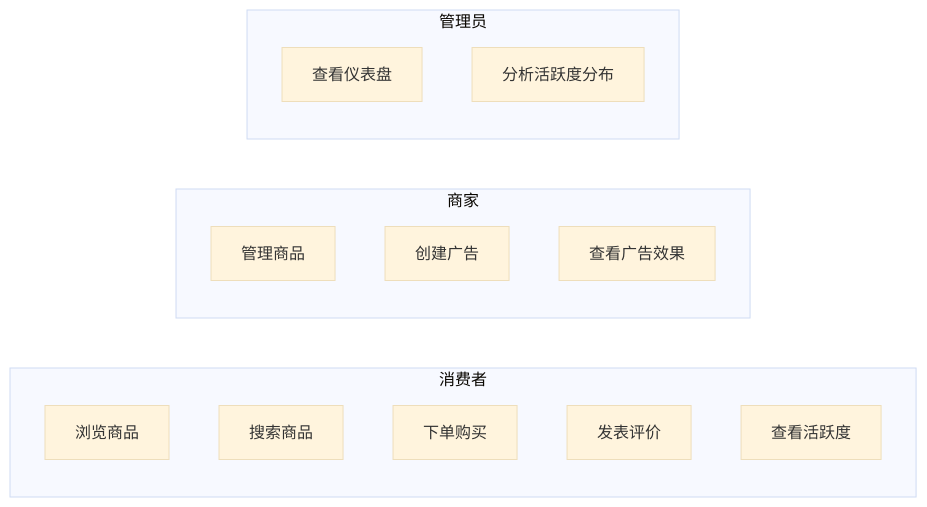
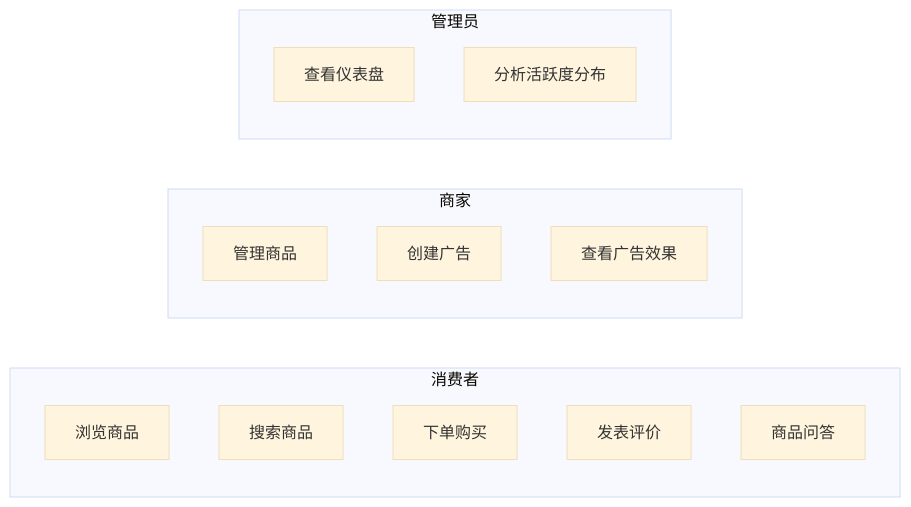
The second of 15 diagrams in docs/figures.md (kun041011/ecommerce-ad-recommendation-system), drawn with Mermaid (base theme) before and after one commit. The commit also changed other lines of this file and 3 other files, not shown here.

````diff
--- a/docs/figures.md
+++ b/docs/figures.md
@@ -26,19 +26,19 @@
 ```mermaid
 graph LR
     subgraph 消费者
         A1[浏览商品]
         A2[搜索商品]
         A3[下单购买]
         A4[发表评价]
-        A5[查看活跃度]
+        A5[商品问答]
     end
     subgraph 商家
         B1[管理商品]
         B2[创建广告]
         B3[查看广告效果]
     end
     subgraph 管理员
         C1[查看仪表盘]
         C2[分析活跃度分布]
     end
 ```
````
